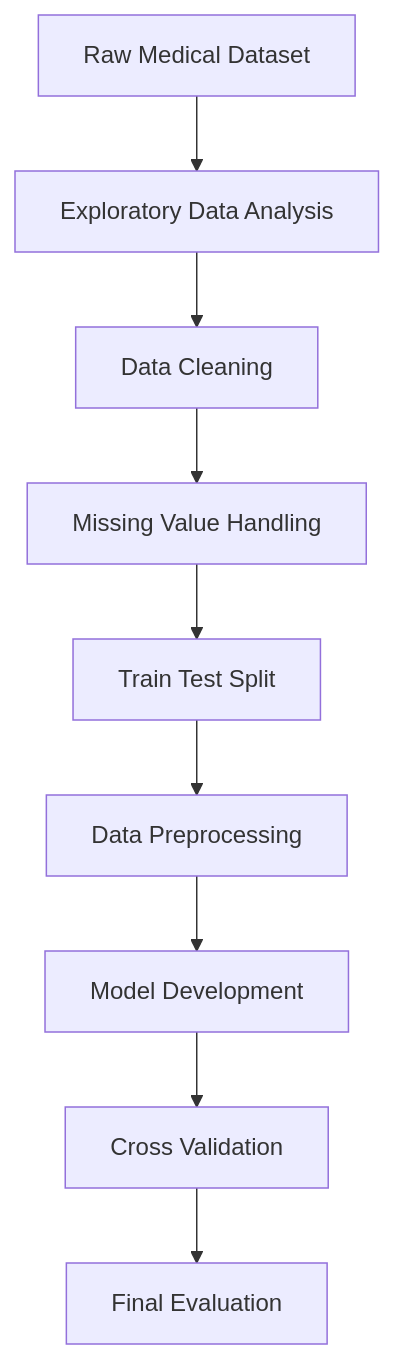
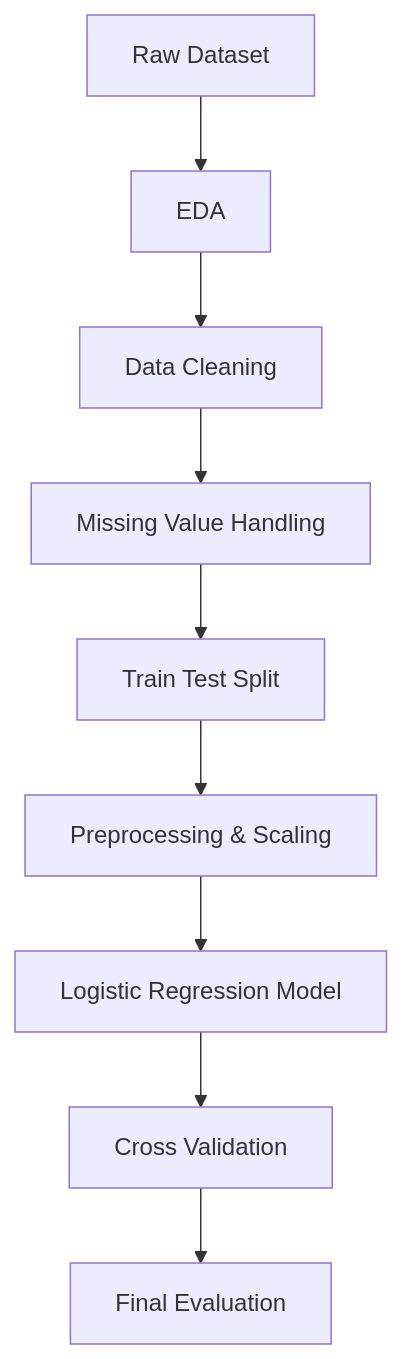
One commit to JhonDoeTheUnkown/Pima-Indiana-Diabetes-Prediction changed the diagram in README.md. Above: the diagram before and after it, drawn with Mermaid. The commit also changed other lines of this file, not shown here.

````diff
--- a/README.md
+++ b/README.md
@@ -164,21 +76,20 @@
 ```mermaid
 flowchart TD
 
-A[Raw Medical Dataset]
---> B[Exploratory Data Analysis]
+A[Raw Dataset]
+--> B[EDA]
 
 B --> C[Data Cleaning]
 
 C --> D[Missing Value Handling]
 
 D --> E[Train Test Split]
 
-E --> F[Data Preprocessing]
+E --> F[Preprocessing & Scaling]
 
-F --> G[Model Development]
+F --> G[Logistic Regression Model]
 
 G --> H[Cross Validation]
 
 H --> I[Final Evaluation]
-
 ```
````
